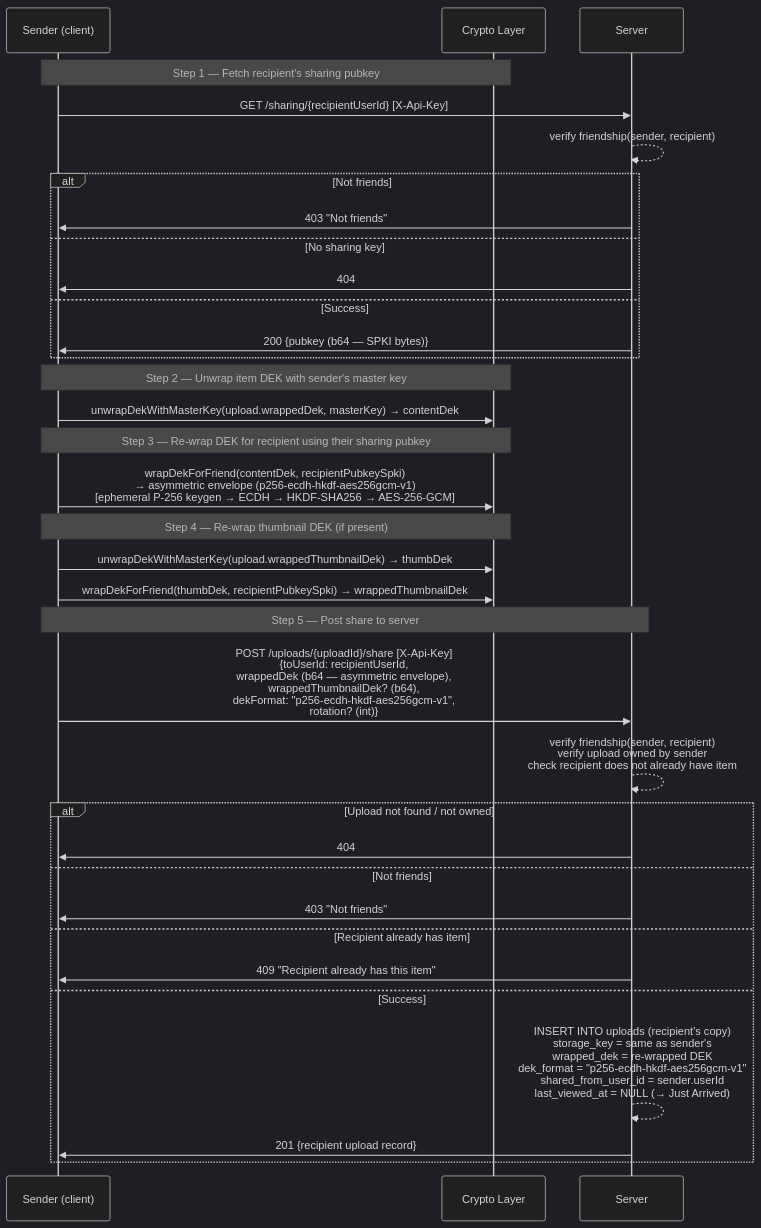
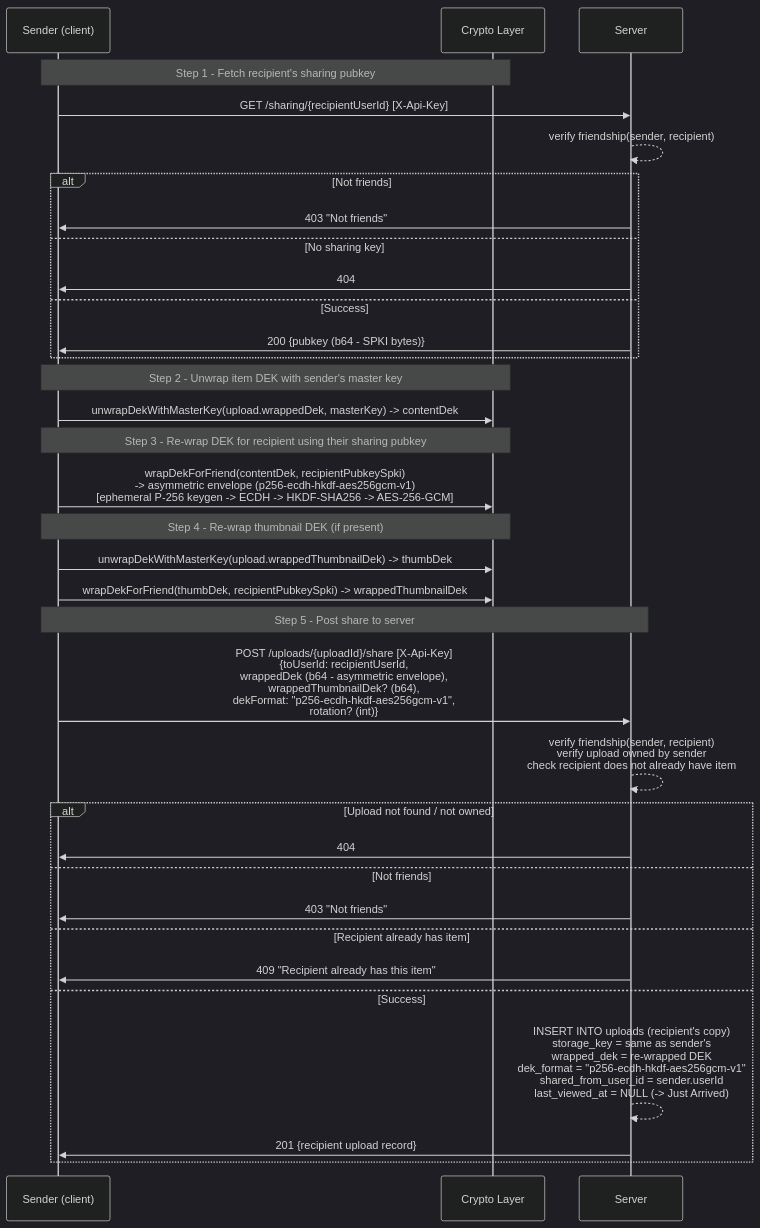
The first of 4 diagrams in docs/specs/sending-receiving.md (bacalv/Heirlooms), drawn with Mermaid (dark theme) before and after one commit. The commit also changed other lines of this file and 9 other files, not shown here.

First line of the commit message:
docs: fix Mermaid v11 syntax across all spec and testing diagrams

````diff
--- a/docs/specs/sending-receiving.md
+++ b/docs/specs/sending-receiving.md
@@ -22,41 +22,41 @@
 ```mermaid
 sequenceDiagram
     participant Sender as Sender (client)
     participant C as Crypto Layer
     participant S as Server
 
-    Note over Sender,C: Step 1 — Fetch recipient's sharing pubkey
+    Note over Sender,C: Step 1 - Fetch recipient's sharing pubkey
     Sender->>S: GET /sharing/{recipientUserId} [X-Api-Key]
     S-->>S: verify friendship(sender, recipient)
     alt Not friends
         S->>Sender: 403 "Not friends"
     else No sharing key
         S->>Sender: 404
     else Success
-        S->>Sender: 200 {pubkey (b64 — SPKI bytes)}
+        S->>Sender: 200 {pubkey (b64 - SPKI bytes)}
     end
 
-    Note over Sender,C: Step 2 — Unwrap item DEK with sender's master key
-    Sender->>C: unwrapDekWithMasterKey(upload.wrappedDek, masterKey) → contentDek
+    Note over Sender,C: Step 2 - Unwrap item DEK with sender's master key
+    Sender->>C: unwrapDekWithMasterKey(upload.wrappedDek, masterKey) -> contentDek
 
-    Note over Sender,C: Step 3 — Re-wrap DEK for recipient using their sharing pubkey
-    Sender->>C: wrapDekForFriend(contentDek, recipientPubkeySpki)<br/>→ asymmetric envelope (p256-ecdh-hkdf-aes256gcm-v1)<br/>[ephemeral P-256 keygen → ECDH → HKDF-SHA256 → AES-256-GCM]
+    Note over Sender,C: Step 3 - Re-wrap DEK for recipient using their sharing pubkey
+    Sender->>C: wrapDekForFriend(contentDek, recipientPubkeySpki)<br/>-> asymmetric envelope (p256-ecdh-hkdf-aes256gcm-v1)<br/>[ephemeral P-256 keygen -> ECDH -> HKDF-SHA256 -> AES-256-GCM]
 
-    Note over Sender,C: Step 4 — Re-wrap thumbnail DEK (if present)
-    Sender->>C: unwrapDekWithMasterKey(upload.wrappedThumbnailDek) → thumbDek
-    Sender->>C: wrapDekForFriend(thumbDek, recipientPubkeySpki) → wrappedThumbnailDek
+    Note over Sender,C: Step 4 - Re-wrap thumbnail DEK (if present)
+    Sender->>C: unwrapDekWithMasterKey(upload.wrappedThumbnailDek) -> thumbDek
+    Sender->>C: wrapDekForFriend(thumbDek, recipientPubkeySpki) -> wrappedThumbnailDek
 
-    Note over Sender,S: Step 5 — Post share to server
-    Sender->>S: POST /uploads/{uploadId}/share [X-Api-Key]<br/>{toUserId: recipientUserId,<br/> wrappedDek (b64 — asymmetric envelope),<br/> wrappedThumbnailDek? (b64),<br/> dekFormat: "p256-ecdh-hkdf-aes256gcm-v1",<br/> rotation? (int)}
+    Note over Sender,S: Step 5 - Post share to server
+    Sender->>S: POST /uploads/{uploadId}/share [X-Api-Key]<br/>{toUserId: recipientUserId,<br/> wrappedDek (b64 - asymmetric envelope),<br/> wrappedThumbnailDek? (b64),<br/> dekFormat: "p256-ecdh-hkdf-aes256gcm-v1",<br/> rotation? (int)}
     S-->>S: verify friendship(sender, recipient)<br/>verify upload owned by sender<br/>check recipient does not already have item
     alt Upload not found / not owned
         S->>Sender: 404
     else Not friends
         S->>Sender: 403 "Not friends"
     else Recipient already has item
         S->>Sender: 409 "Recipient already has this item"
     else Success
-        S-->>S: INSERT INTO uploads (recipient's copy)<br/>  storage_key = same as sender's<br/>  wrapped_dek = re-wrapped DEK<br/>  dek_format = "p256-ecdh-hkdf-aes256gcm-v1"<br/>  shared_from_user_id = sender.userId<br/>  last_viewed_at = NULL (→ Just Arrived)
+        S-->>S: INSERT INTO uploads (recipient's copy)<br/>  storage_key = same as sender's<br/>  wrapped_dek = re-wrapped DEK<br/>  dek_format = "p256-ecdh-hkdf-aes256gcm-v1"<br/>  shared_from_user_id = sender.userId<br/>  last_viewed_at = NULL (-> Just Arrived)
         S->>Sender: 201 {recipient upload record}
     end
 ```
````
